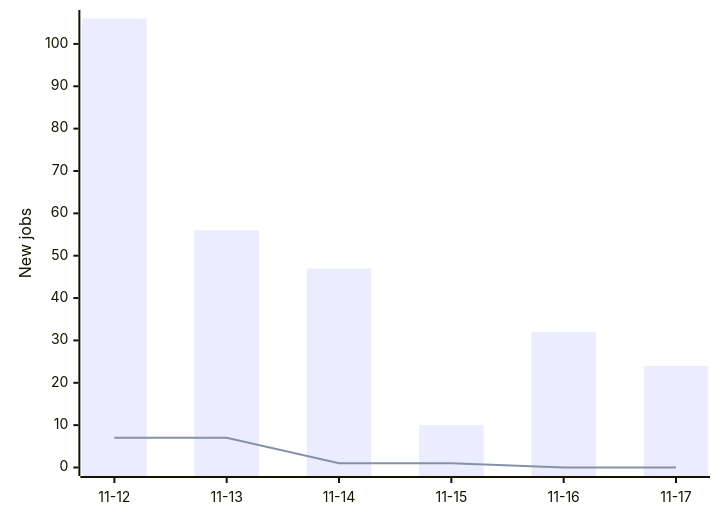
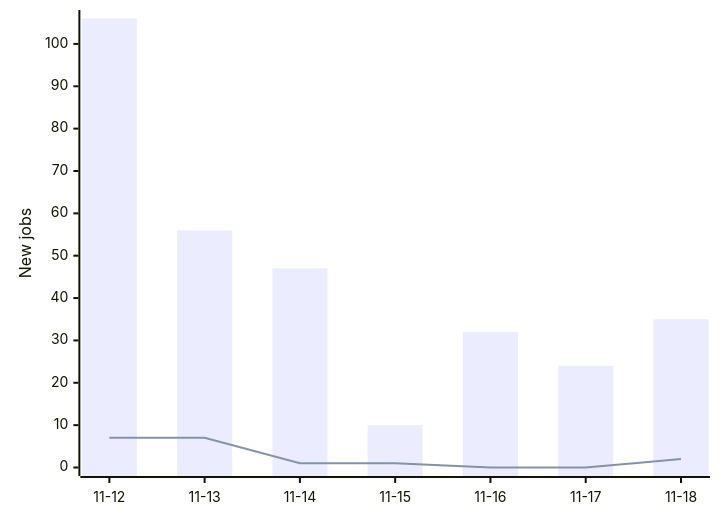
The diagram in README.md (Mwangimark/frontend-job-tracker), drawn with Mermaid before and after one commit. The commit also changed other lines of this file and 2 other files, not shown here.

````diff
--- a/README.md
+++ b/README.md
@@ -16,7 +16,7 @@
 ```mermaid
 xychart-beta
-    x-axis ["11-12", "11-13", "11-14", "11-15", "11-16", "11-17"]
+    x-axis ["11-12", "11-13", "11-14", "11-15", "11-16", "11-17", "11-18"]
     y-axis "New jobs" 0 --> 106
-    bar [106, 56, 47, 10, 32, 24]
-    line [7, 7, 1, 1, 0, 0]
+    bar [106, 56, 47, 10, 32, 24, 35]
+    line [7, 7, 1, 1, 0, 0, 2]
 ```
````
